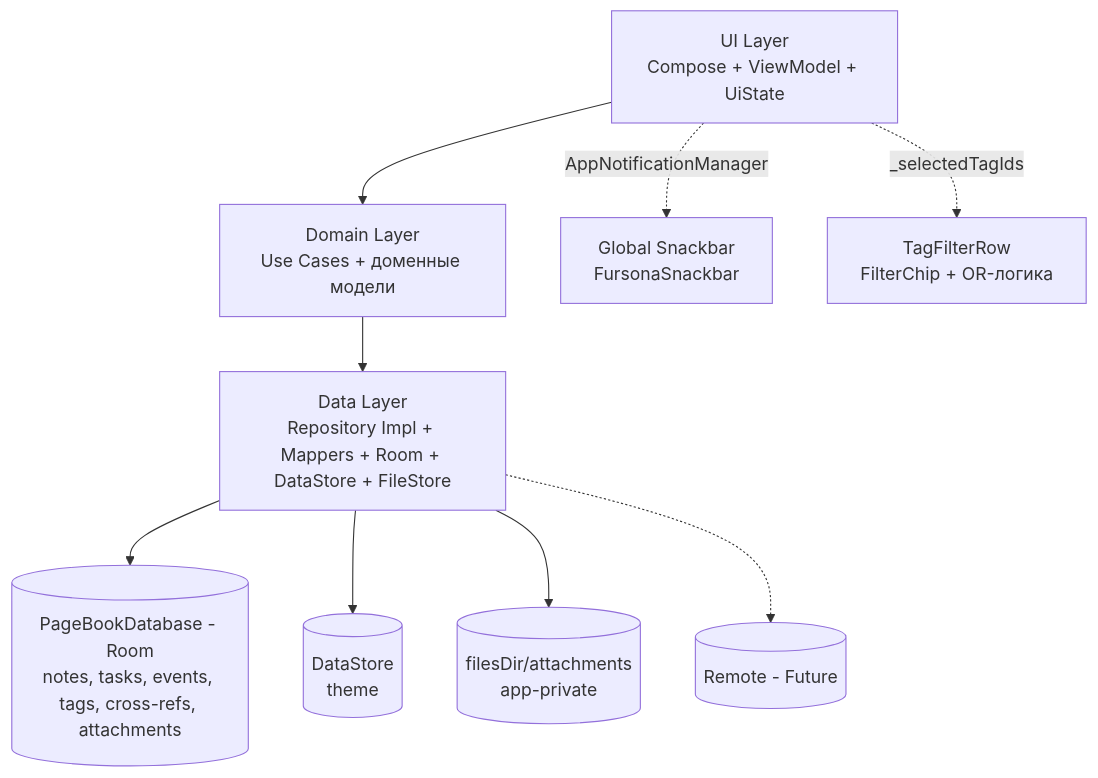
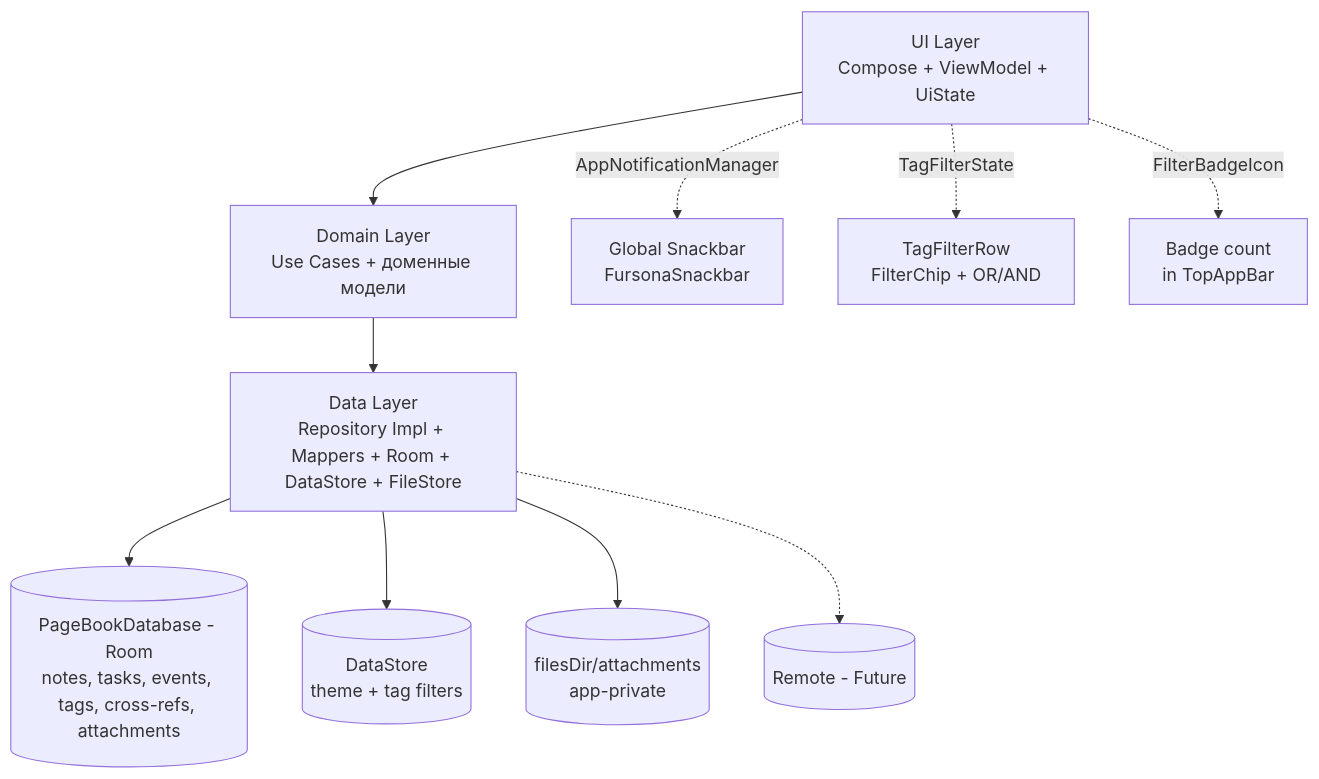
Before and after one commit to MaxGog/pagebook-android: the diagram in README.md, drawn with Mermaid. The commit also changed other lines of this file and 26 other files, not shown here.

````diff
--- a/README.md
+++ b/README.md
@@ -112,12 +120,13 @@
 ```mermaid
 graph TD
    A[UI Layer<br/>Compose + ViewModel + UiState] --> B[Domain Layer<br/>Use Cases + доменные модели]
    B --> C[Data Layer<br/>Repository Impl + Mappers + Room + DataStore + FileStore]
    C --> D[(PageBookDatabase - Room<br/>notes, tasks, events, tags, cross-refs, attachments)]
-   C --> F[(DataStore<br/>theme)]
+   C --> F[(DataStore<br/>theme + tag filters)]
    C --> G[(filesDir/attachments<br/>app-private)]
    
    A -.->|AppNotificationManager| H[Global Snackbar<br/>FursonaSnackbar]
-   A -.->|_selectedTagIds| I[TagFilterRow<br/>FilterChip + OR-логика]
+   A -.->|TagFilterState| I[TagFilterRow<br/>FilterChip + OR/AND]
+   A -.->|FilterBadgeIcon| J[Badge count<br/>in TopAppBar]
    C -.-> E[(Remote - Future)]
 ```
````
